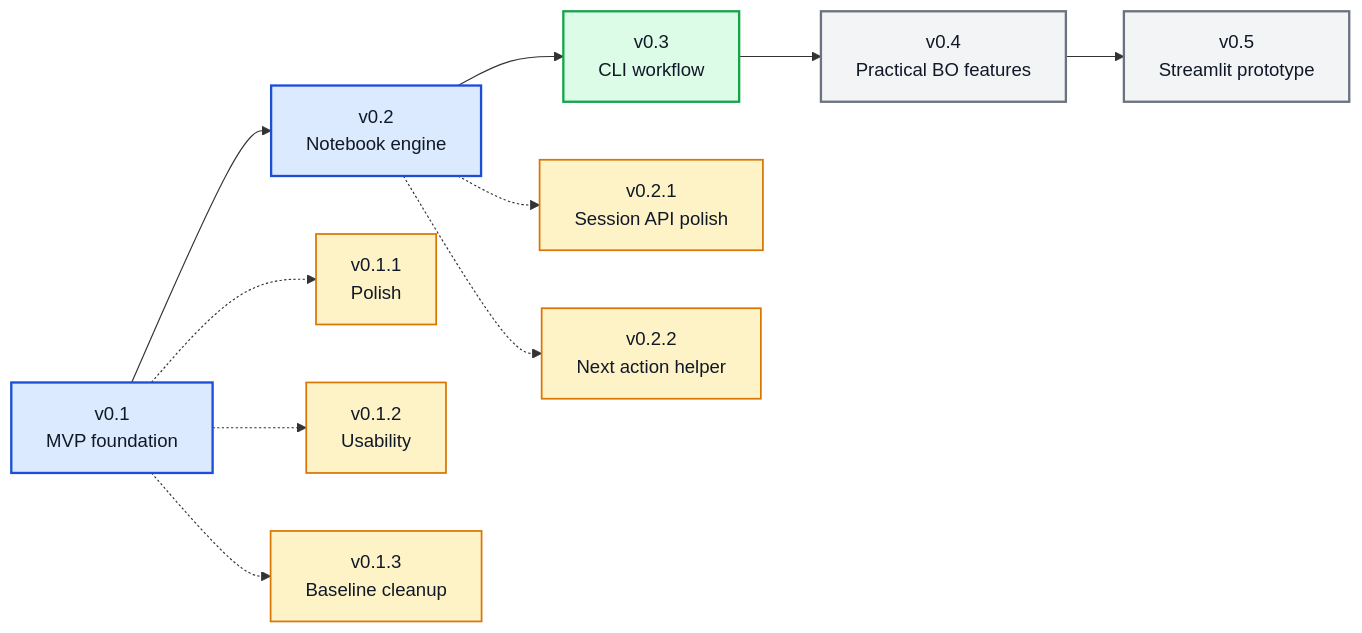
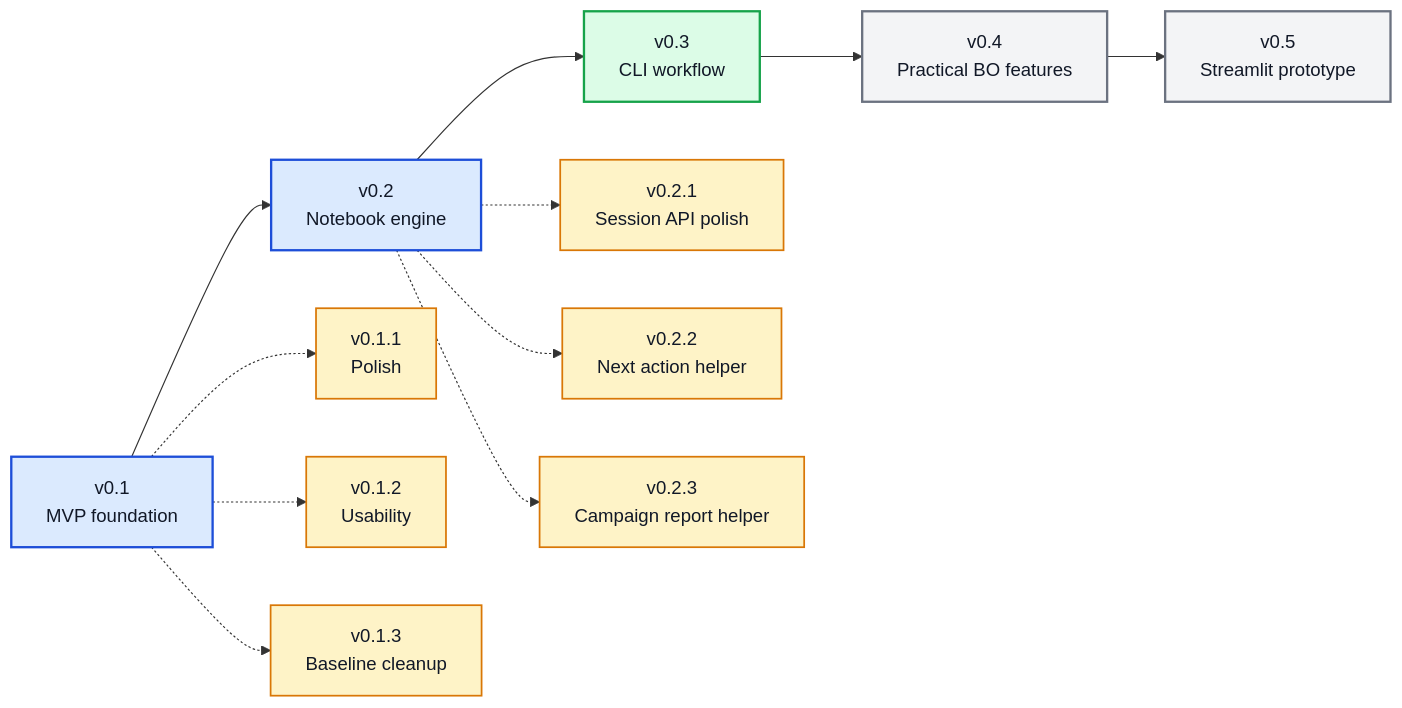
Before and after one commit to angzeli/bo-forge: the diagram in ROADMAP.md, drawn with Mermaid. The commit also changed other lines of this file and 21 other files, not shown here.

Commit message:
v0.2.3 update: add campaign.report()

````diff
--- a/ROADMAP.md
+++ b/ROADMAP.md
@@ -7,26 +7,28 @@
 ```mermaid
 flowchart LR
     v01["v0.1<br/>MVP foundation"] --> v02["v0.2<br/>Notebook engine"] --> v03["v0.3<br/>CLI workflow"] --> v04["v0.4<br/>Practical BO features"] --> v05["v0.5<br/>Streamlit prototype"]
 
     v011["v0.1.1<br/>Polish"]
     v012["v0.1.2<br/>Usability"]
     v013["v0.1.3<br/>Baseline cleanup"]
     v021["v0.2.1<br/>Session API polish"]
     v022["v0.2.2<br/>Next action helper"]
+    v023["v0.2.3<br/>Campaign report helper"]
     
     v01 -.-> v011
     v01 -.-> v012
     v01 -.-> v013
     v02 -.-> v021
     v02 -.-> v022
+    v02 -.-> v023
     
     class v01,v02 majorDone
     class v03 majorNext
     class v04,v05 majorFuture
-    class v011,v012,v013,v021,v022 patchDone
+    class v011,v012,v013,v021,v022,v023 patchDone
 
     classDef majorDone fill:#dbeafe,stroke:#1d4ed8,stroke-width:2px,color:#111827;
     classDef majorNext fill:#dcfce7,stroke:#16a34a,stroke-width:2px,color:#111827;
     classDef majorFuture fill:#f3f4f6,stroke:#6b7280,stroke-width:2px,color:#111827;
     classDef patchDone fill:#fef3c7,stroke:#d97706,stroke-width:1.5px,color:#111827;
 ```
````
